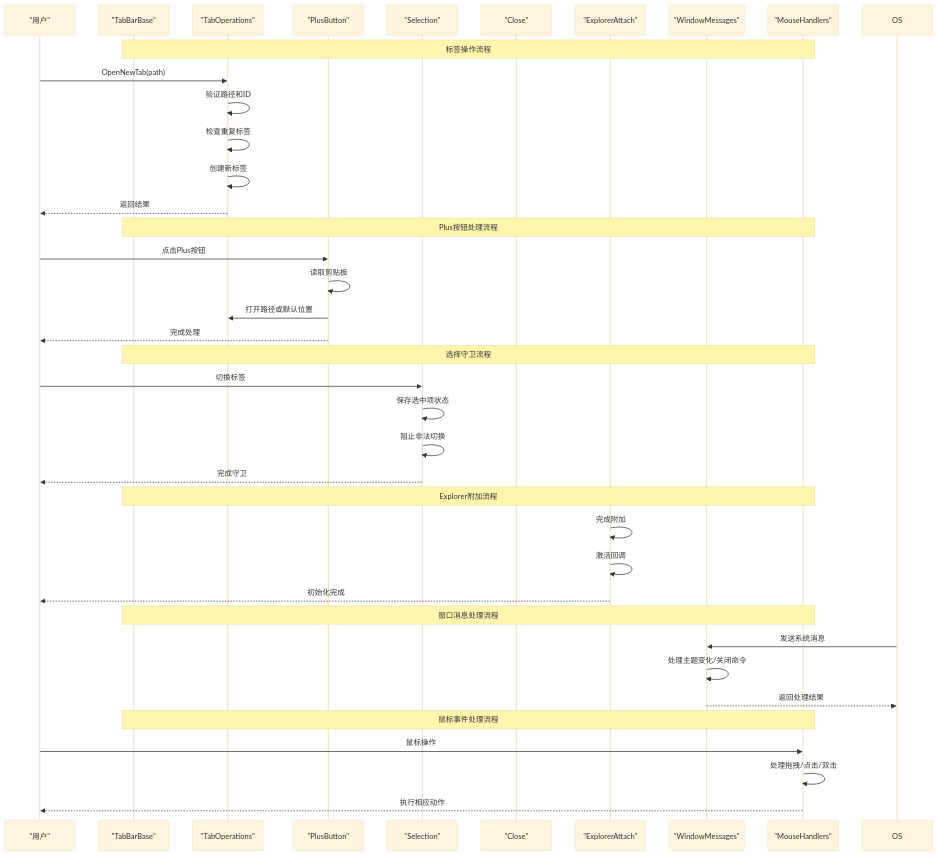
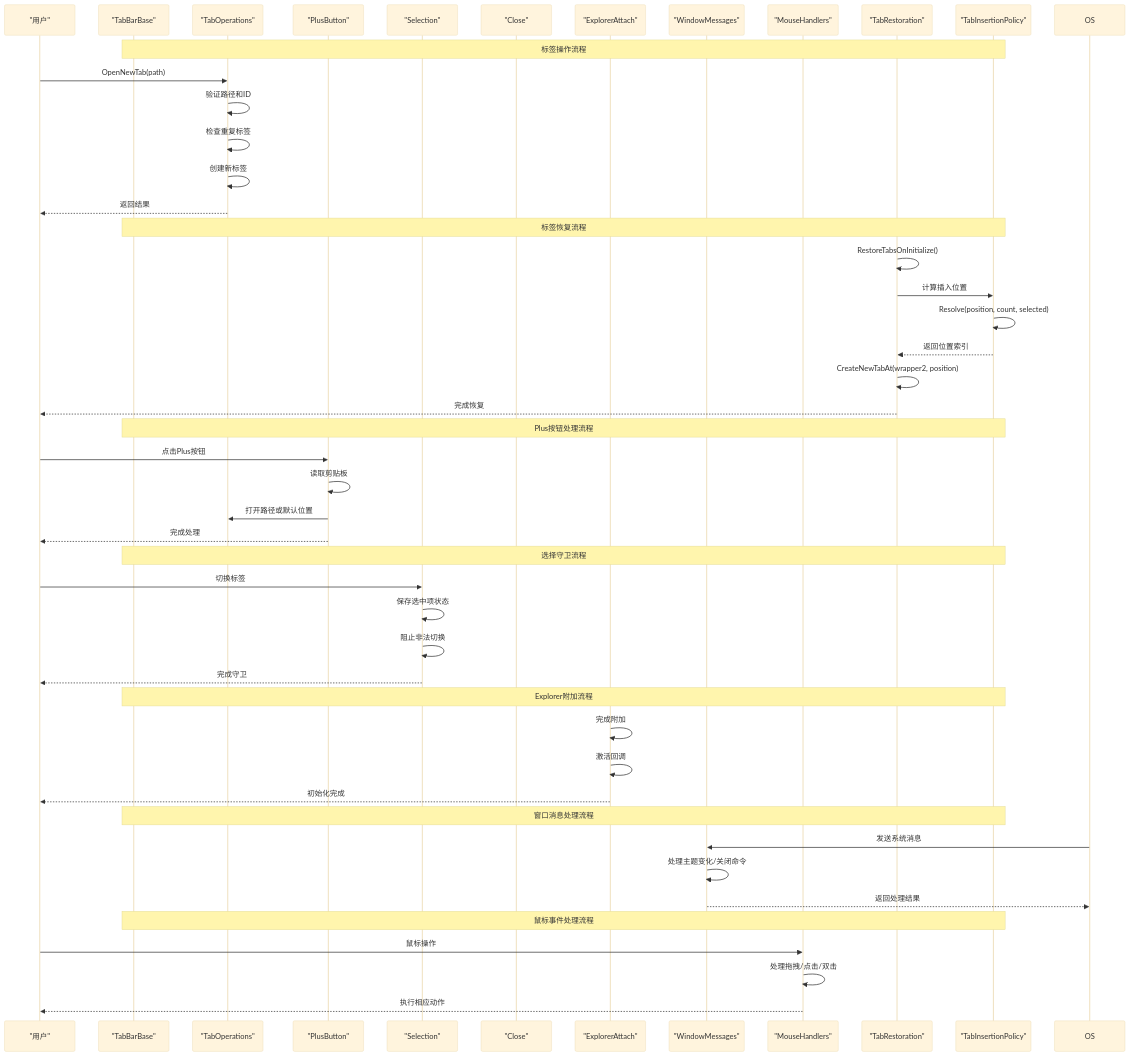
Before and after one commit to rainiva/QTTabBar-Next: the third of 13 diagrams in .qoder/repowiki/zh/content/核心功能/标签页管理系统.md, drawn with Mermaid (base theme). The commit also changed other lines of this file and 415 other files, not shown here.

````diff
--- a/.qoder/repowiki/zh/content/核心功能/标签页管理系统.md
+++ b/.qoder/repowiki/zh/content/核心功能/标签页管理系统.md
@@ -529,40 +583,49 @@
 ```mermaid
 sequenceDiagram
 participant U as "用户"
 participant TBB as "TabBarBase"
 participant TBO as "TabOperations"
 participant TBP as "PlusButton"
 participant TBS as "Selection"
 participant TBC as "Close"
 participant TBE as "ExplorerAttach"
 participant TBWM as "WindowMessages"
 participant TBMH as "MouseHandlers"
-Note over TBB,TBMH : 标签操作流程
+participant TBTR as "TabRestoration"
+participant TIP as "TabInsertionPolicy"
+Note over TBB,TIP : 标签操作流程
 U->>TBO : OpenNewTab(path)
 TBO->>TBO : 验证路径和ID
 TBO->>TBO : 检查重复标签
 TBO->>TBO : 创建新标签
 TBO-->>U : 返回结果
-Note over TBB,TBMH : Plus按钮处理流程
+Note over TBB,TIP : 标签恢复流程
+TBTR->>TBTR : RestoreTabsOnInitialize()
+TBTR->>TIP : 计算插入位置
+TIP->>TIP : Resolve(position, count, selected)
+TIP-->>TBTR : 返回位置索引
+TBTR->>TBTR : CreateNewTabAt(wrapper2, position)
+TBTR-->>U : 完成恢复
+Note over TBB,TIP : Plus按钮处理流程
 U->>TBP : 点击Plus按钮
 TBP->>TBP : 读取剪贴板
 TBP->>TBO : 打开路径或默认位置
 TBP-->>U : 完成处理
-Note over TBB,TBMH : 选择守卫流程
+Note over TBB,TIP : 选择守卫流程
 U->>TBS : 切换标签
 TBS->>TBS : 保存选中项状态
 TBS->>TBS : 阻止非法切换
 TBS-->>U : 完成守卫
-Note over TBB,TBMH : Explorer附加流程
+Note over TBB,TIP : Explorer附加流程
 TBE->>TBE : 完成附加
 TBE->>TBE : 激活回调
 TBE-->>U : 初始化完成
-Note over TBB,TBMH : 窗口消息处理流程
+Note over TBB,TIP : 窗口消息处理流程
 OS->>TBWM : 发送系统消息
 TBWM->>TBWM : 处理主题变化/关闭命令
 TBWM-->>OS : 返回处理结果
-Note over TBB,TBMH : 鼠标事件处理流程
+Note over TBB,TIP : 鼠标事件处理流程
 U->>TBMH : 鼠标操作
 TBMH->>TBMH : 处理拖拽/点击/双击
 TBMH-->>U : 执行相应动作
 ```
````
